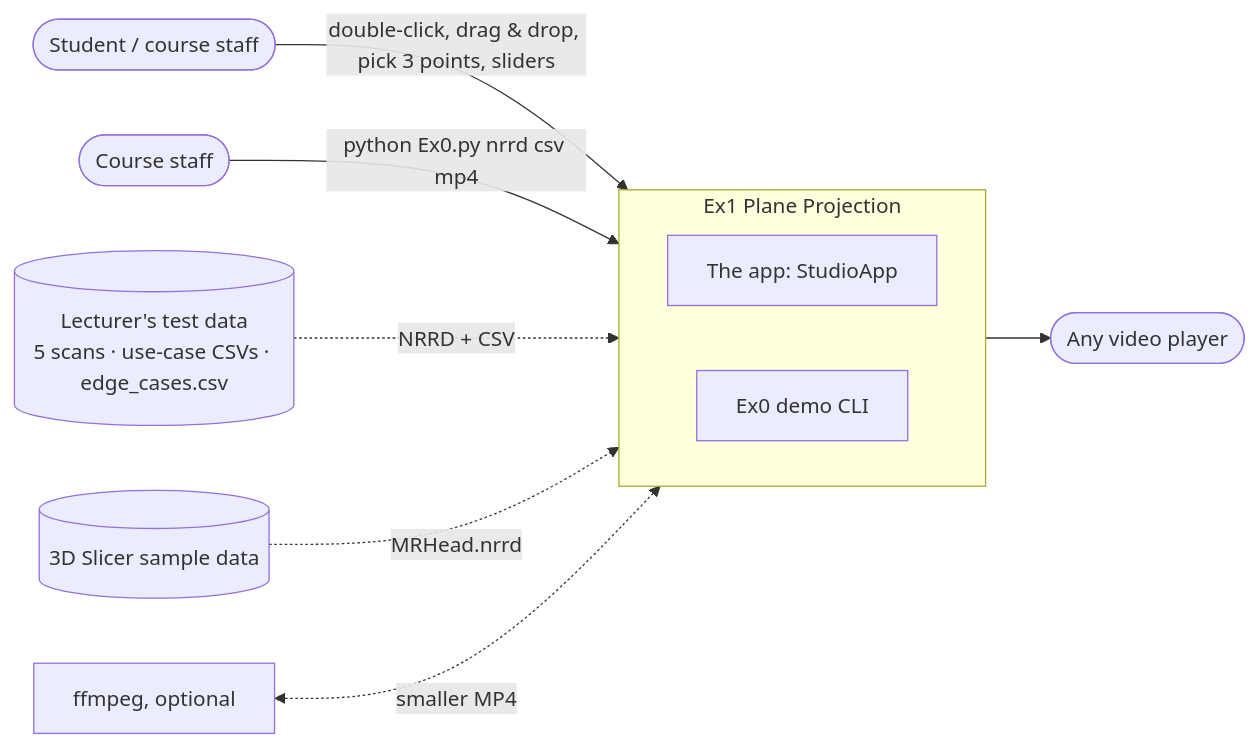
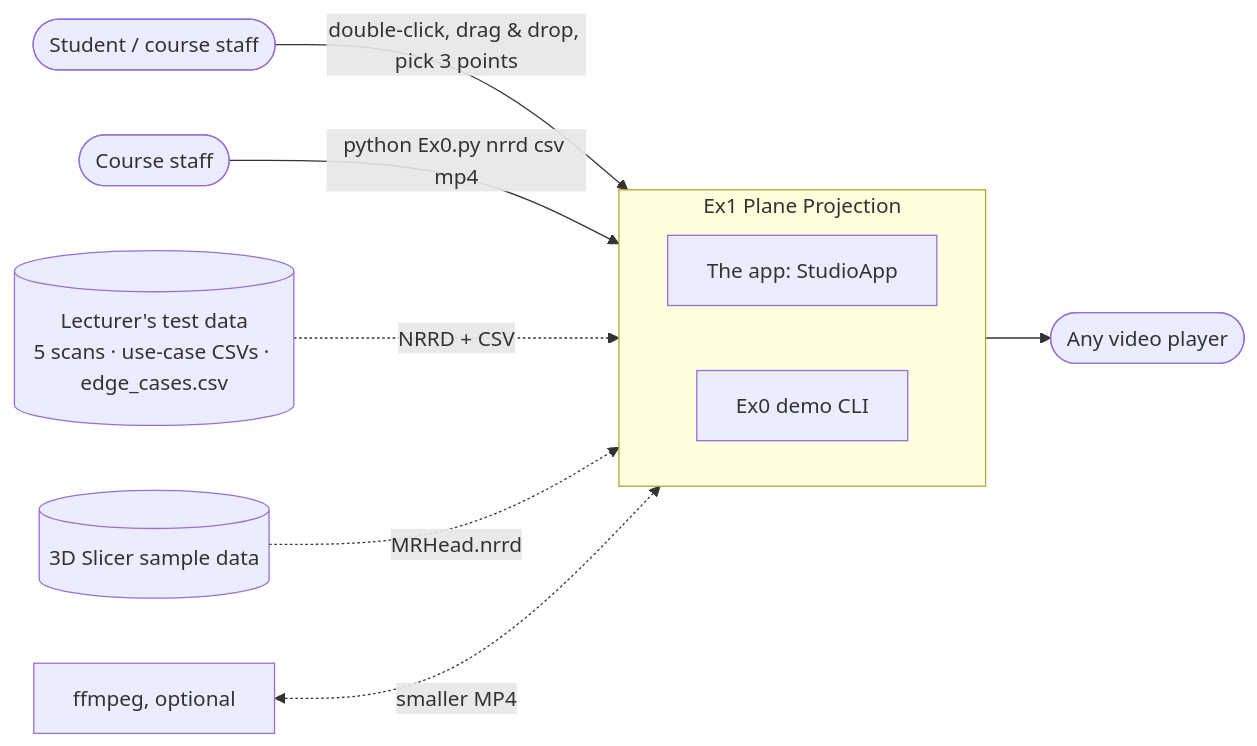
Before and after one commit to NoamTheGolem/Intro2SE_Ex1: the first of 6 diagrams in docs/SDD.md, drawn with Mermaid. The commit also changed other lines of this file and 13 other files, not shown here.

````diff
--- a/docs/SDD.md
+++ b/docs/SDD.md
@@ -29,14 +30,14 @@
 ```mermaid
 flowchart LR
-    student([Student / course staff]) -->|"double-click, drag & drop, pick 3 points, sliders"| sys
+    student([Student / course staff]) -->|"double-click, drag & drop, pick 3 points"| sys
     grader([Course staff]) -->|"python Ex0.py nrrd csv mp4"| sys
     subgraph sys[Ex1 Plane Projection]
       direction LR
       gui[The app: StudioApp]
       cli[Ex0 demo CLI]
     end
     lecturer[("Lecturer's test data<br/>5 scans · use-case CSVs · edge_cases.csv")] -.->|NRRD + CSV| sys
     slicer[(3D Slicer sample data)] -.->|MRHead.nrrd| sys
     ffmpeg[ffmpeg, optional] <-.->|smaller MP4| sys
     sys --> player([Any video player])
 ```
````
